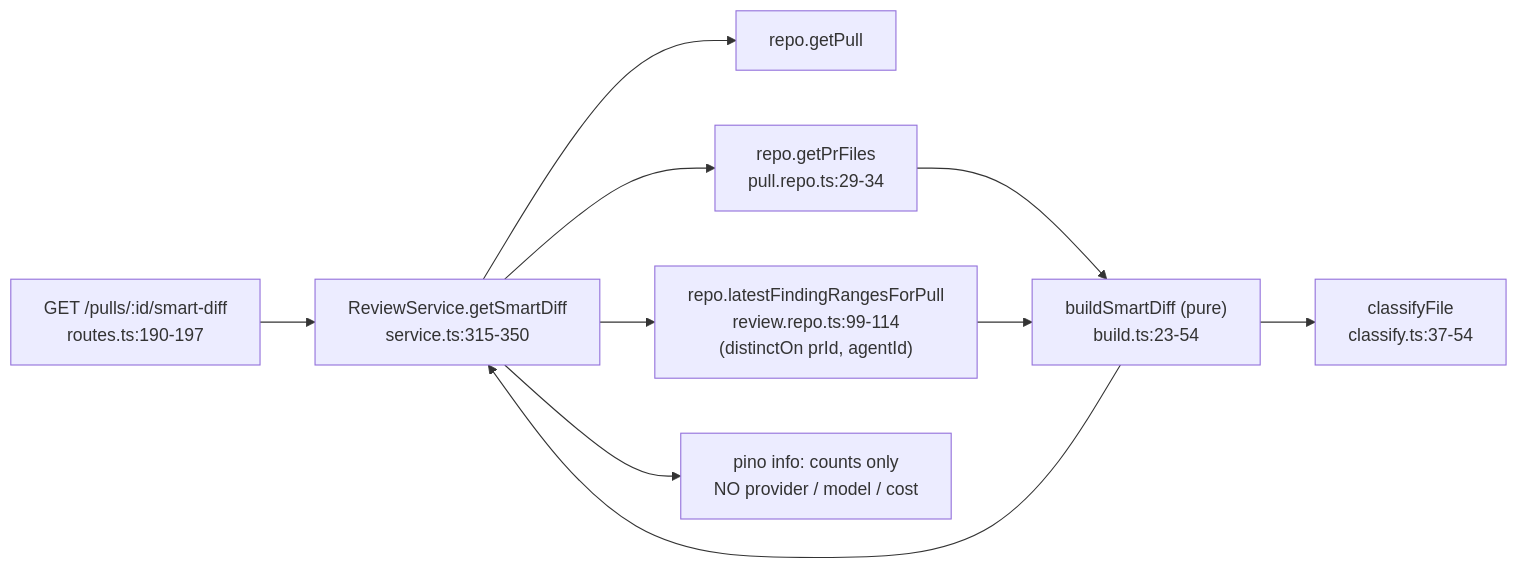
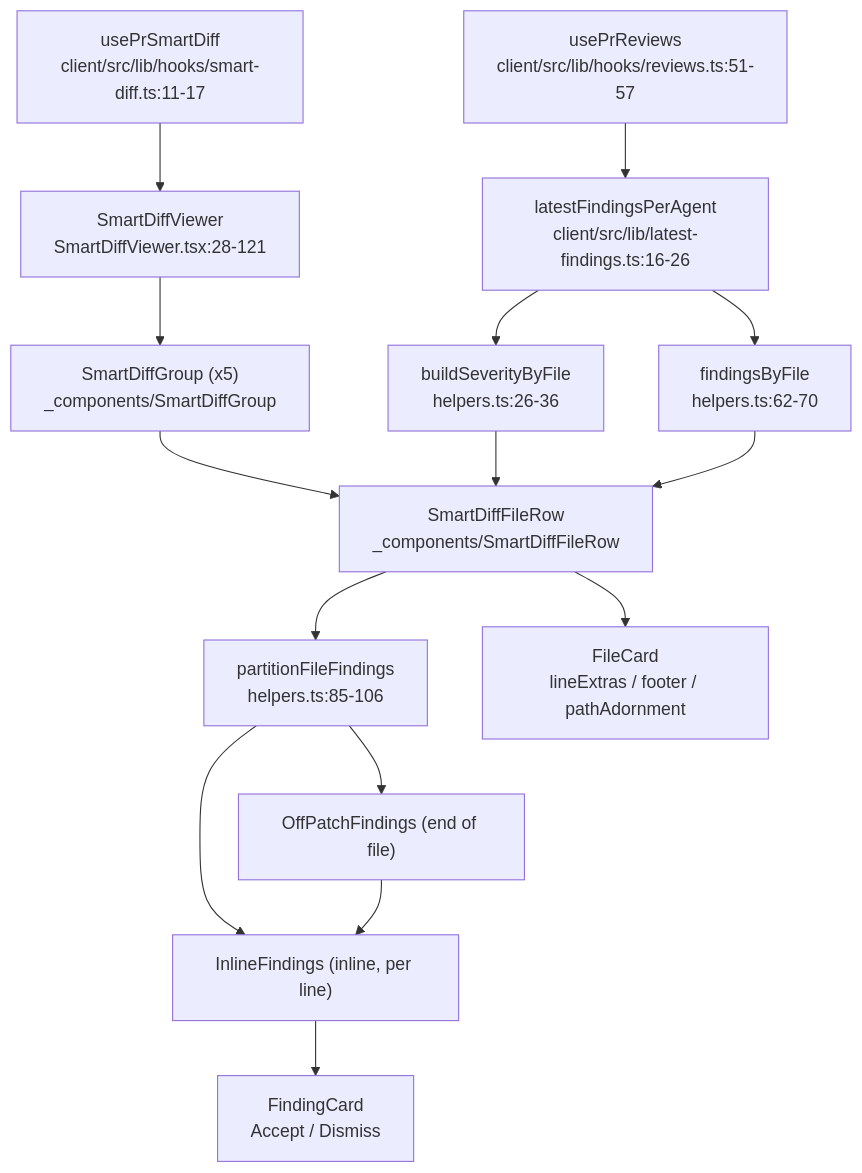
One commit to Saphirox/dev-digest changed the second of 2 diagrams in docs/specs/smart-diff.md. Above: the diagram before and after it, drawn with Mermaid. The commit also changed other lines of this file and 57 other files, not shown here.

First line of the commit message:
feat(smart-diff): complete Smart Diff to the homework spec (plan 0009)

````diff
--- a/docs/specs/smart-diff.md
+++ b/docs/specs/smart-diff.md
@@ -330,12 +208,17 @@
 ```mermaid
-flowchart LR
-  R["GET /pulls/:id/smart-diff\nroutes.ts:190-197"] --> S["ReviewService.getSmartDiff\nservice.ts:315-350"]
-  S --> P1["repo.getPull"]
-  S --> P2["repo.getPrFiles\npull.repo.ts:29-34"]
-  S --> P3["repo.latestFindingRangesForPull\nreview.repo.ts:99-114\n(distinctOn prId, agentId)"]
-  P2 --> B["buildSmartDiff (pure)\nbuild.ts:23-54"]
-  P3 --> B
-  B --> C["classifyFile\nclassify.ts:37-54"]
-  B --> S
-  S --> L["pino info: counts only\nNO provider / model / cost"]
+flowchart TD
+  H1["usePrSmartDiff\nclient/src/lib/hooks/smart-diff.ts:11-17"] --> V["SmartDiffViewer\nSmartDiffViewer.tsx:28-121"]
+  H2["usePrReviews\nclient/src/lib/hooks/reviews.ts:51-57"] --> LFA["latestFindingsPerAgent\nclient/src/lib/latest-findings.ts:16-26"]
+  LFA --> BSF["buildSeverityByFile\nhelpers.ts:26-36"]
+  LFA --> FBF["findingsByFile\nhelpers.ts:62-70"]
+  V --> G["SmartDiffGroup (x5)\n_components/SmartDiffGroup"]
+  G --> R["SmartDiffFileRow\n_components/SmartDiffFileRow"]
+  BSF --> R
+  FBF --> R
+  R --> PFF["partitionFileFindings\nhelpers.ts:85-106"]
+  PFF --> IL["InlineFindings (inline, per line)"]
+  PFF --> OP["OffPatchFindings (end of file)"]
+  IL --> FC["FindingCard\nAccept / Dismiss"]
+  OP --> IL
+  R --> FCard["FileCard\nlineExtras / footer / pathAdornment"]
 ```
````
